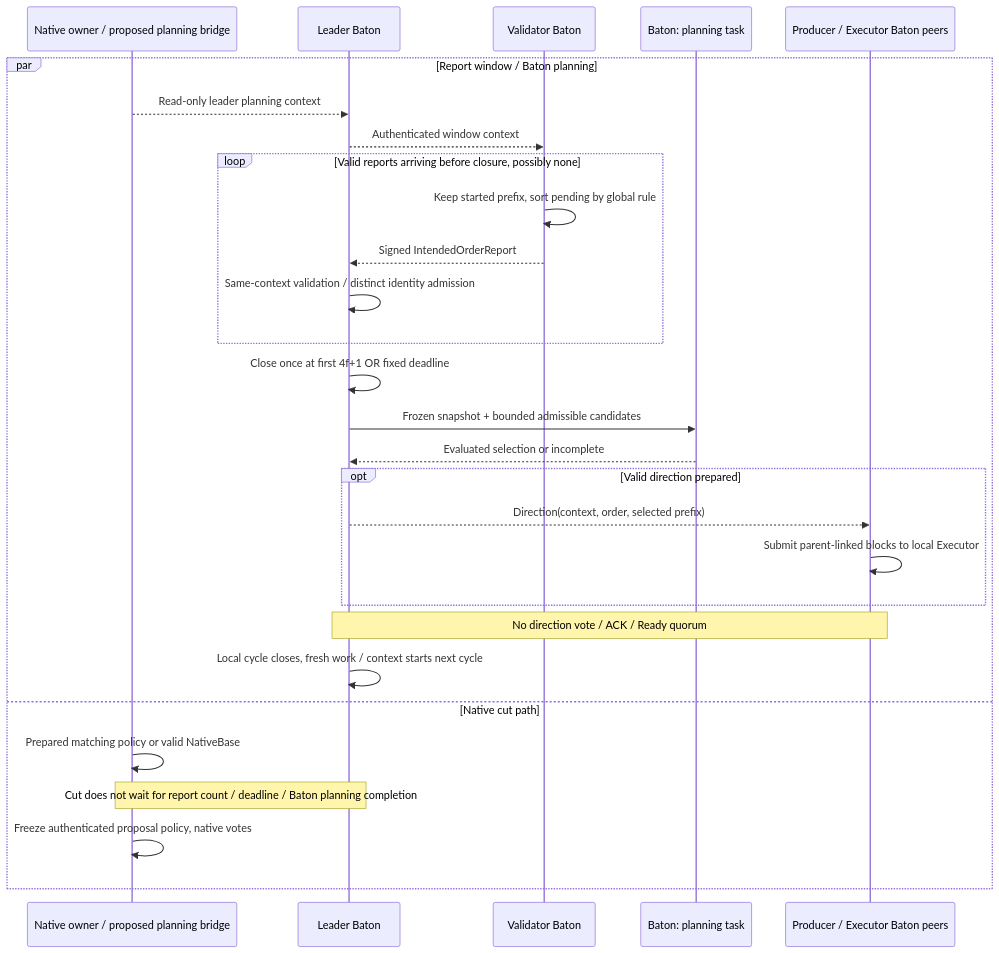
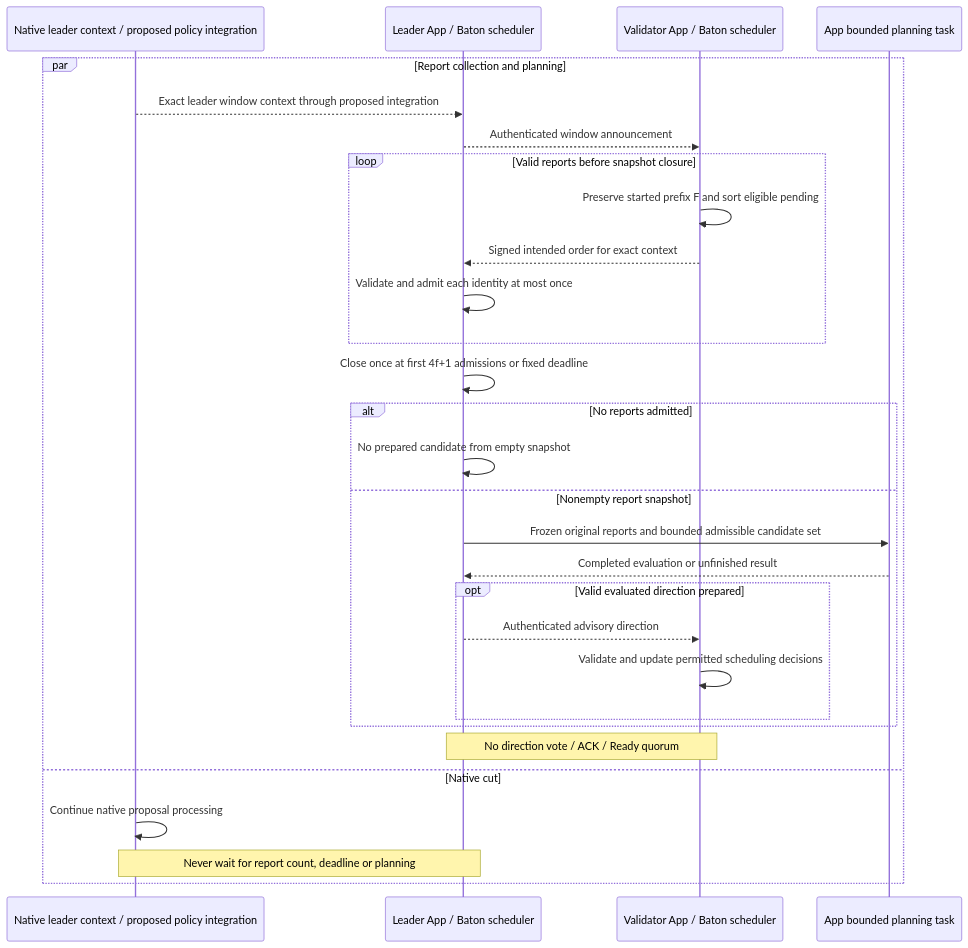
The diagram in docs/assets/diagrams/diagram-06.mmd (djm07073/baton-research), drawn with Mermaid before and after one commit. The commit also changed 292 other files, not shown here.

Commit message:
docs: redesign Baton around App-owned scheduling

```diff
--- a/docs/assets/diagrams/diagram-06.mmd
+++ b/docs/assets/diagrams/diagram-06.mmd
@@ -1,28 +1,29 @@
 sequenceDiagram
-    participant N as Native owner / proposed planning bridge
-    participant L as Leader Baton
-    participant V as Validator Baton
-    participant P as Baton: planning task
-    participant X as Producer / Executor Baton peers
-    par Report window / Baton planning
-        N-->>L: Read-only leader planning context
-        L-->>V: Authenticated window context
-        loop Valid reports arriving before closure, possibly none
-            V->>V: Keep started prefix, sort pending by global rule
-            V-->>L: Signed IntendedOrderReport
-            L->>L: Same-context validation / distinct identity admission
+    participant N as Native leader context / proposed policy integration
+    participant L as Leader App / Baton scheduler
+    participant V as Validator App / Baton scheduler
+    participant P as App bounded planning task
+    par Report collection and planning
+        N-->>L: Exact leader window context through proposed integration
+        L-->>V: Authenticated window announcement
+        loop Valid reports before snapshot closure
+            V->>V: Preserve started prefix F and sort eligible pending
+            V-->>L: Signed intended order for exact context
+            L->>L: Validate and admit each identity at most once
         end
-        L->>L: Close once at first 4f+1 OR fixed deadline
-        L->>P: Frozen snapshot + bounded admissible candidates
-        P-->>L: Evaluated selection or incomplete
-        opt Valid direction prepared
-            L-->>X: Direction(context, order, selected prefix)
-            X->>X: Submit parent-linked blocks to local Executor
+        L->>L: Close once at first 4f+1 admissions or fixed deadline
+        alt No reports admitted
+            L->>L: No prepared candidate from empty snapshot
+        else Nonempty report snapshot
+            L->>P: Frozen original reports and bounded admissible candidate set
+            P-->>L: Completed evaluation or unfinished result
+            opt Valid evaluated direction prepared
+                L-->>V: Authenticated advisory direction
+                V->>V: Validate and update permitted scheduling decisions
+            end
         end
-        Note over L,X: No direction vote / ACK / Ready quorum
-        L->>L: Local cycle closes, fresh work / context starts next cycle
-    and Native cut path
-        N->>N: Prepared matching policy or valid NativeBase
-        Note over N,L: Cut does not wait for report count / deadline / Baton planning completion
-        N->>N: Freeze authenticated proposal policy, native votes
+        Note over L,V: No direction vote / ACK / Ready quorum
+    and Native cut
+        N->>N: Continue native proposal processing
+        Note over N,L: Never wait for report count, deadline or planning
     end
```
